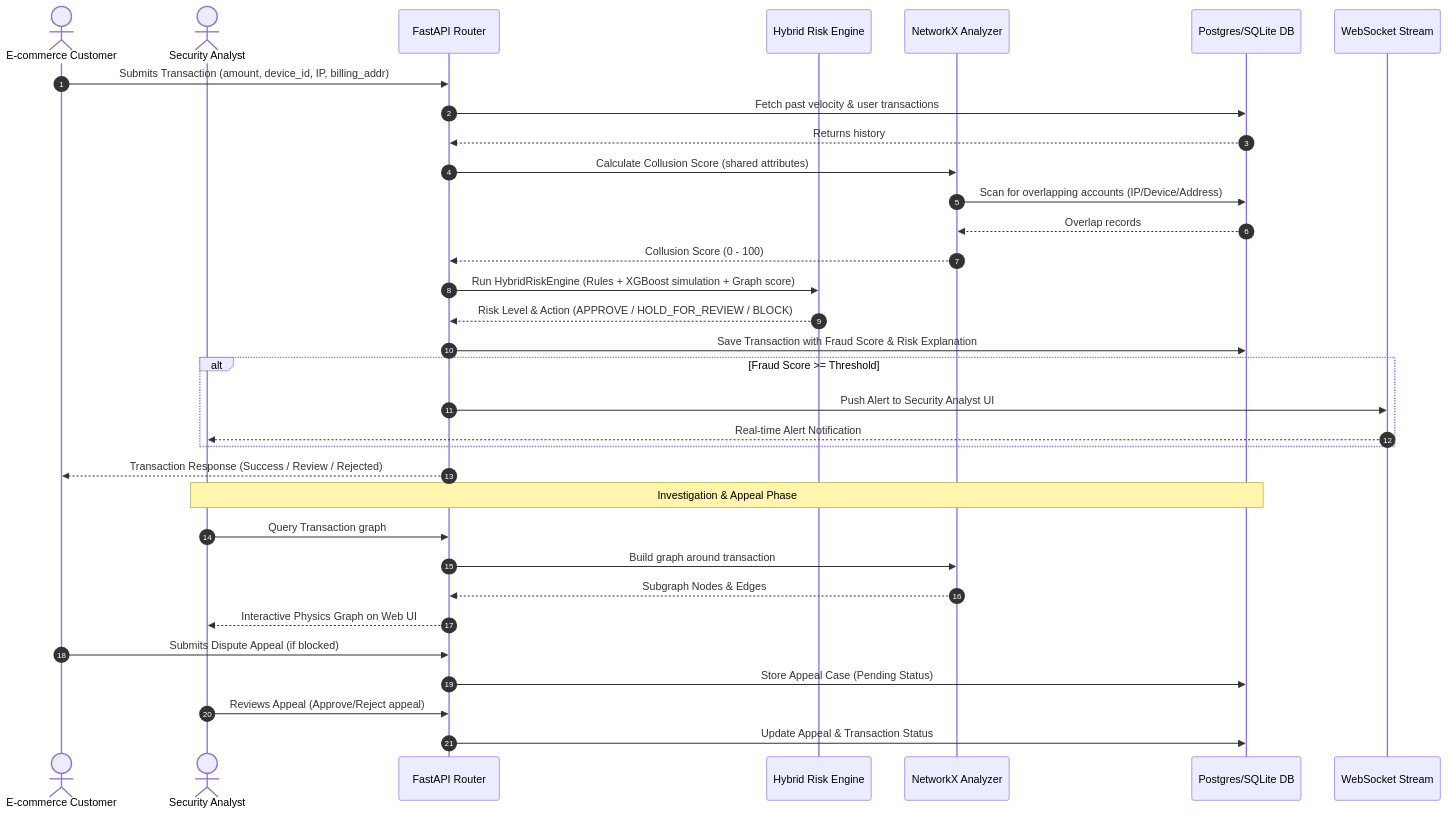
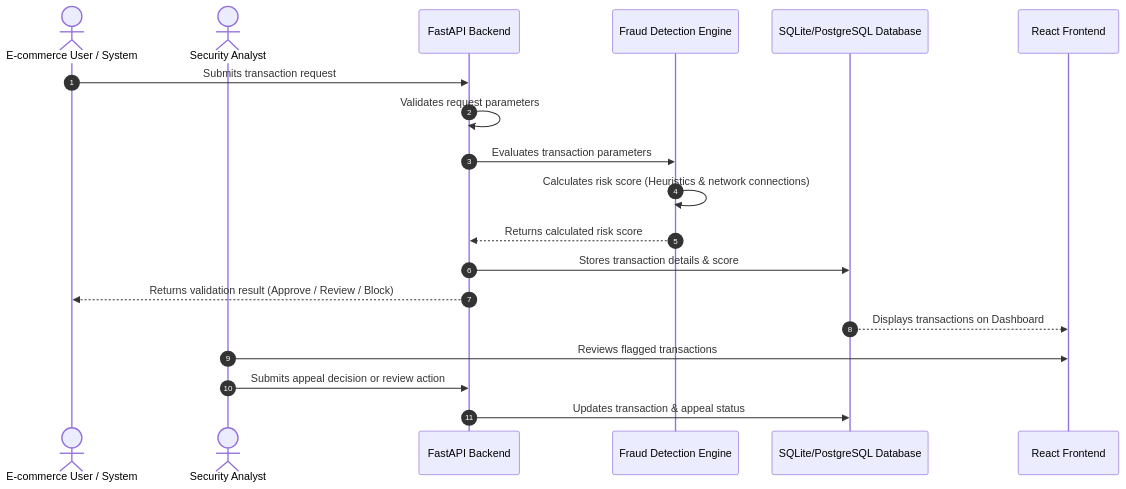
Before and after one commit to raghavendra3107/TrustGraph-AI: the second of 2 diagrams in README.md, drawn with Mermaid. The commit also changed other lines of this file, not shown here.

````diff
--- a/README.md
+++ b/README.md
@@ -92,37 +78,22 @@
 ```mermaid
 sequenceDiagram
     autonumber
-    actor Customer as E-commerce Customer
+    actor User as E-commerce User / System
     actor Analyst as Security Analyst
-    participant API as FastAPI Router
-    participant Engine as Hybrid Risk Engine
-    participant Graph as NetworkX Analyzer
-    participant DB as Postgres/SQLite DB
-    participant WS as WebSocket Stream
+    participant Backend as FastAPI Backend
+    participant Engine as Fraud Detection Engine
+    participant DB as SQLite/PostgreSQL Database
+    participant UI as React Frontend
 
-    Customer->>API: Submits Transaction (amount, device_id, IP, billing_addr)
-    API->>DB: Fetch past velocity & user transactions
-    DB-->>API: Returns history
-    API->>Graph: Calculate Collusion Score (shared attributes)
-    Graph->>DB: Scan for overlapping accounts (IP/Device/Address)
-    DB-->>Graph: Overlap records
-    Graph-->>API: Collusion Score (0 - 100)
-    API->>Engine: Run HybridRiskEngine (Rules + XGBoost simulation + Graph score)
-    Engine-->>API: Risk Level & Action (APPROVE / HOLD_FOR_REVIEW / BLOCK)
-    API->>DB: Save Transaction with Fraud Score & Risk Explanation
-    alt Fraud Score >= Threshold
-        API->>WS: Push Alert to Security Analyst UI
-        WS-->>Analyst: Real-time Alert Notification
-    end
-    API-->>Customer: Transaction Response (Success / Review / Rejected)
-
-    Note over Analyst, DB: Investigation & Appeal Phase
-    Analyst->>API: Query Transaction graph
-    API->>Graph: Build graph around transaction
-    Graph-->>API: Subgraph Nodes & Edges
-    API-->>Analyst: Interactive Physics Graph on Web UI
-    Customer->>API: Submits Dispute Appeal (if blocked)
-    API->>DB: Store Appeal Case (Pending Status)
-    Analyst->>API: Reviews Appeal (Approve/Reject appeal)
-    API->>DB: Update Appeal & Transaction Status
+    User->>Backend: Submits transaction request
+    Backend->>Backend: Validates request parameters
+    Backend->>Engine: Evaluates transaction parameters
+    Engine->>Engine: Calculates risk score (Heuristics & network connections)
+    Engine-->>Backend: Returns calculated risk score
+    Backend->>DB: Stores transaction details & score
+    Backend-->>User: Returns validation result (Approve / Review / Block)
+    DB-->>UI: Displays transactions on Dashboard
+    Analyst->>UI: Reviews flagged transactions
+    Analyst->>Backend: Submits appeal decision or review action
+    Backend->>DB: Updates transaction & appeal status
 ```
````
